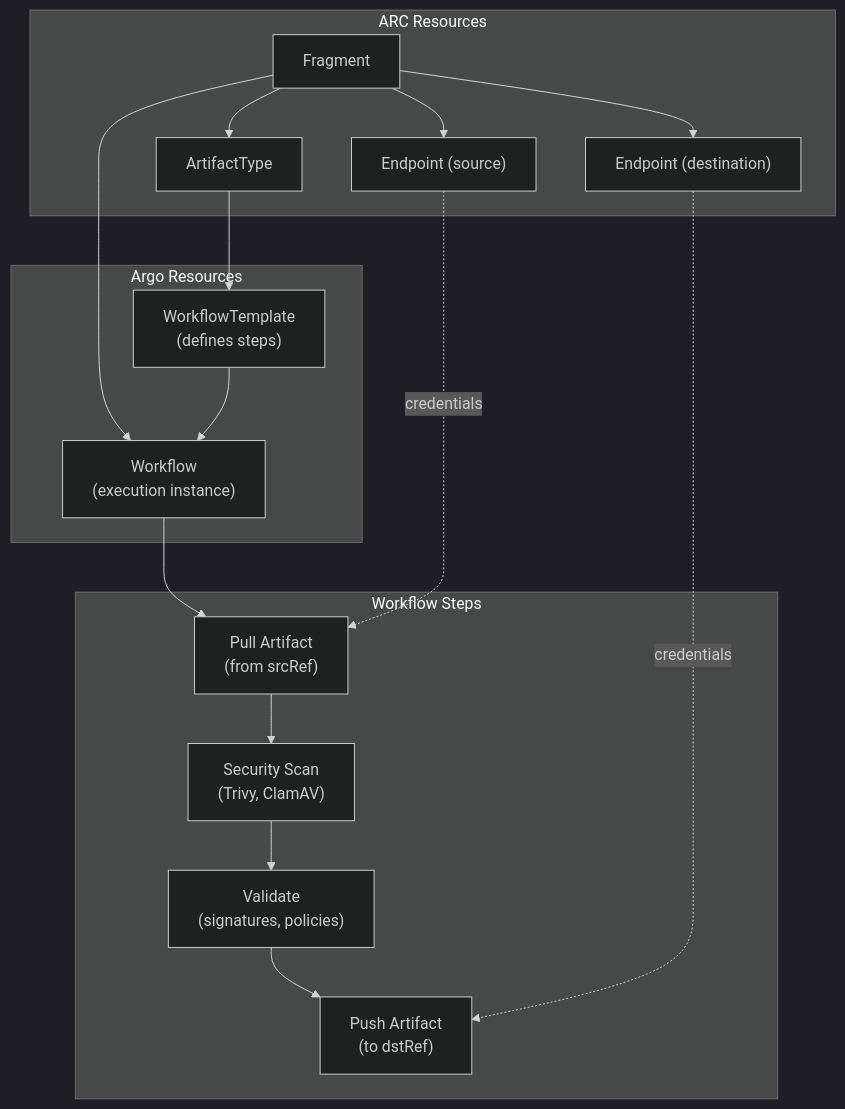
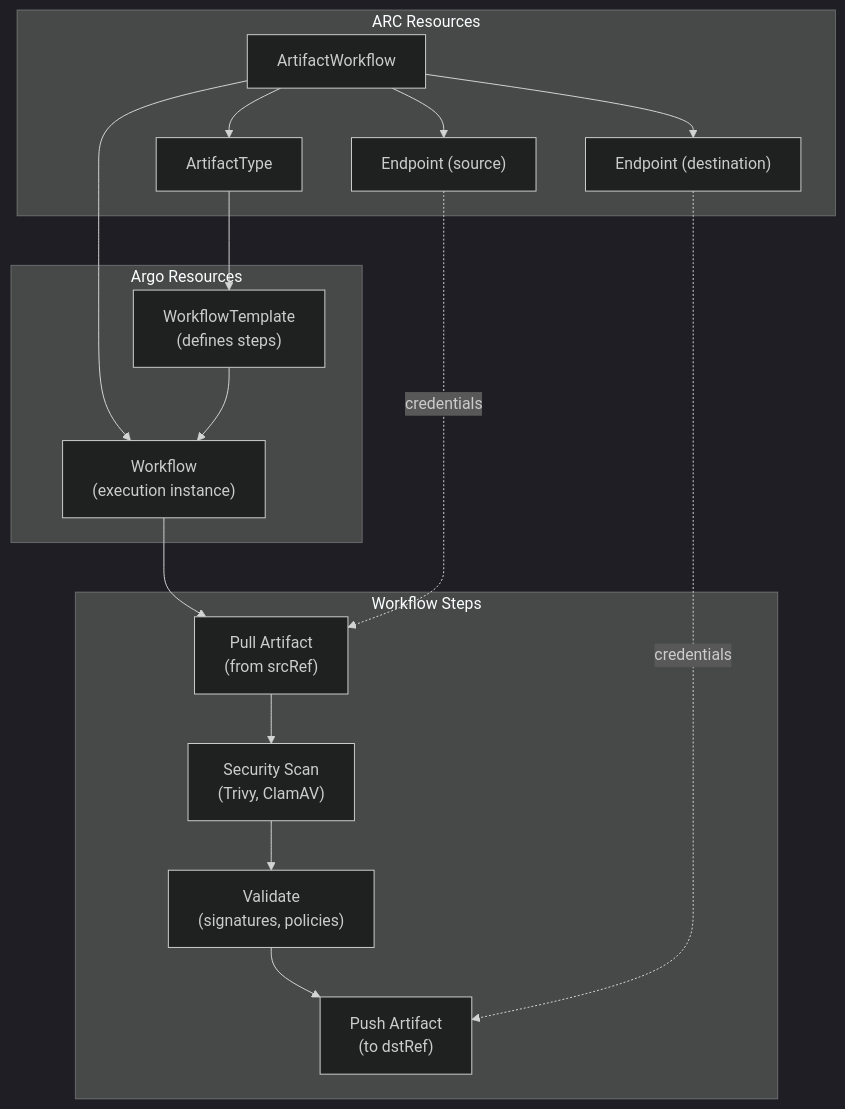
The fifth of 7 diagrams in docs/user-guide/core-concepts.md (opendefensecloud/artifact-conduit), drawn with Mermaid (dark theme) before and after one commit. The commit also changed other lines of this file and 53 other files, not shown here.

````diff
--- a/docs/user-guide/core-concepts.md
+++ b/docs/user-guide/core-concepts.md
@@ -316,37 +316,37 @@
 ```mermaid
 graph TB
     subgraph "ARC Resources"
-        Fragment["Fragment"]
+        ArtifactWorkflow["ArtifactWorkflow"]
         ATD["ArtifactType"]
         Endpoint1["Endpoint (source)"]
         Endpoint2["Endpoint (destination)"]
     end
     
     subgraph "Argo Resources"
         WorkflowTemplate["WorkflowTemplate<br/>(defines steps)"]
         Workflow["Workflow<br/>(execution instance)"]
     end
     
     subgraph "Workflow Steps"
         PullStep["Pull Artifact<br/>(from srcRef)"]
         ScanStep["Security Scan<br/>(Trivy, ClamAV)"]
         ValidateStep["Validate<br/>(signatures, policies)"]
         PushStep["Push Artifact<br/>(to dstRef)"]
     end
     
-    Fragment --> ATD
+    ArtifactWorkflow --> ATD
     ATD --> WorkflowTemplate
-    Fragment --> Workflow
+    ArtifactWorkflow --> Workflow
     WorkflowTemplate --> Workflow
     
-    Fragment --> Endpoint1
-    Fragment --> Endpoint2
+    ArtifactWorkflow --> Endpoint1
+    ArtifactWorkflow --> Endpoint2
     
     Workflow --> PullStep
     PullStep --> ScanStep
     ScanStep --> ValidateStep
     ValidateStep --> PushStep
     
     Endpoint1 -.credentials.-> PullStep
     Endpoint2 -.credentials.-> PushStep
 ```
````
